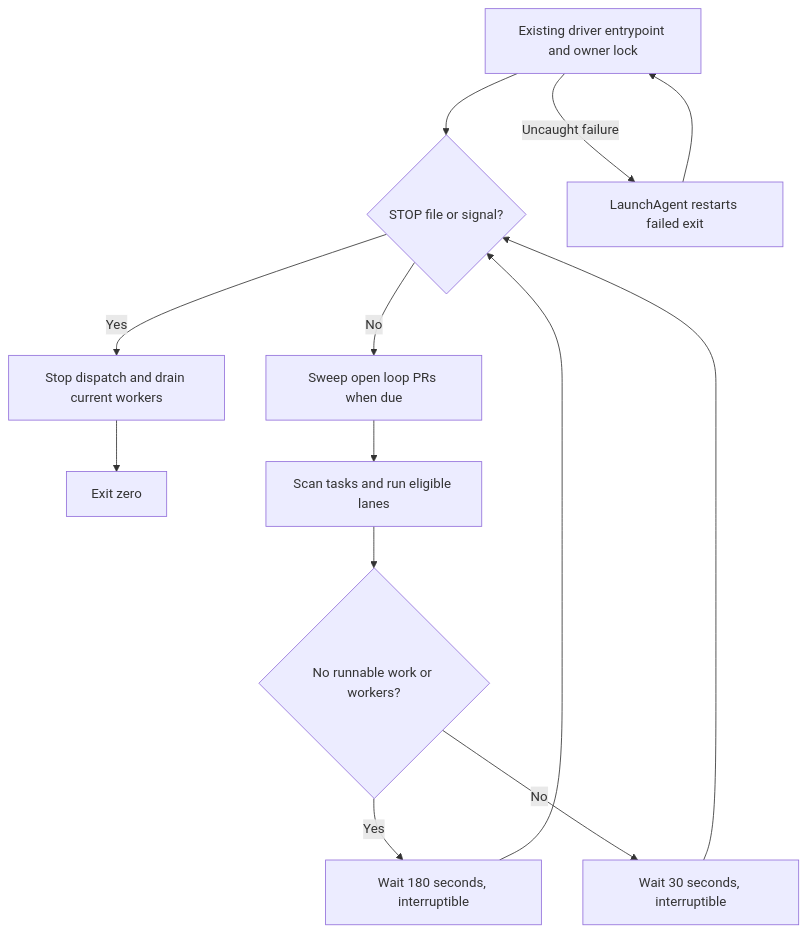
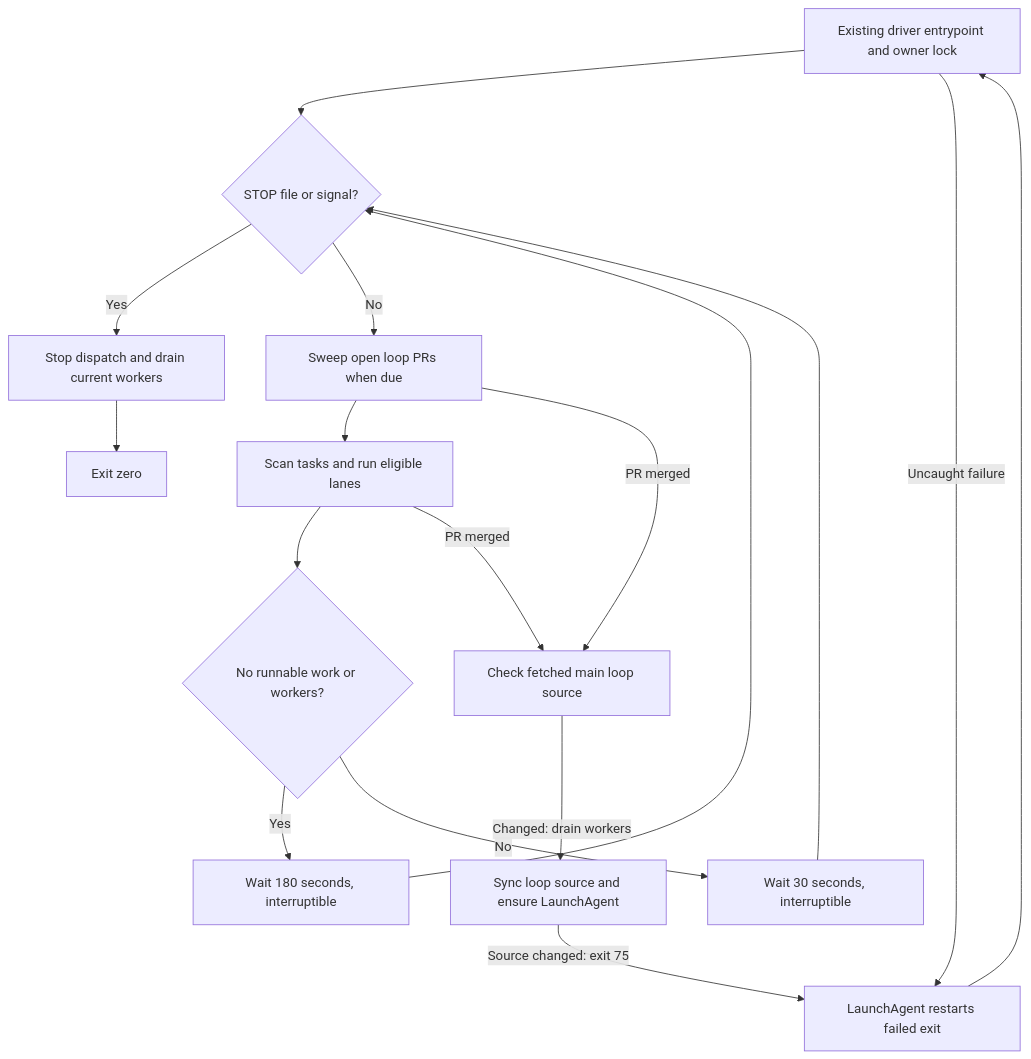
One commit to dgmolla/fitsy changed the diagram in docs/engineering/devops/loop-driver.md. Above: the diagram before and after it, drawn with Mermaid. The commit also changed other lines of this file and 7 other files, not shown here.

````diff
--- a/docs/engineering/devops/loop-driver.md
+++ b/docs/engineering/devops/loop-driver.md
@@ -21,15 +21,19 @@
 ```mermaid
 flowchart TD
     A[Existing driver entrypoint and owner lock] --> B{STOP file or signal?}
     B -->|Yes| C[Stop dispatch and drain current workers]
     C --> D[Exit zero]
     B -->|No| J[Sweep open loop PRs when due]
     J --> E[Scan tasks and run eligible lanes]
     E --> F{No runnable work or workers?}
     F -->|Yes| G[Wait 180 seconds, interruptible]
     F -->|No| H[Wait 30 seconds, interruptible]
     G --> B
     H --> B
     A -->|Uncaught failure| I[LaunchAgent restarts failed exit]
     I --> A
+    J -->|PR merged| K[Check fetched main loop source]
+    E -->|PR merged| K
+    K -->|Changed: drain workers| L[Sync loop source and ensure LaunchAgent]
+    L -->|Source changed: exit 75| I
 ```
````
